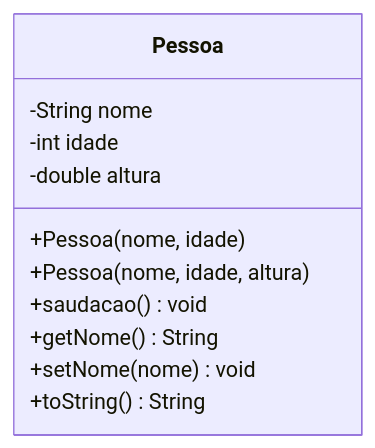
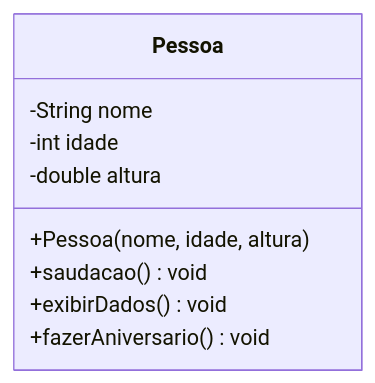
Before and after one commit to Mateus-Redivo/Cod-POO: the diagram in modulo-02-classes-e-objetos/README.md, drawn with Mermaid. The commit also changed other lines of this file and 58 other files, not shown here.

````diff
--- a/modulo-02-classes-e-objetos/README.md
+++ b/modulo-02-classes-e-objetos/README.md
@@ -25,14 +26,12 @@
 ```mermaid
 classDiagram
     class Pessoa {
         -String nome
         -int idade
         -double altura
-        +Pessoa(nome, idade)
         +Pessoa(nome, idade, altura)
         +saudacao() void
-        +getNome() String
-        +setNome(nome) void
-        +toString() String
+        +exibirDados() void
+        +fazerAniversario() void
     }
 ```
````
